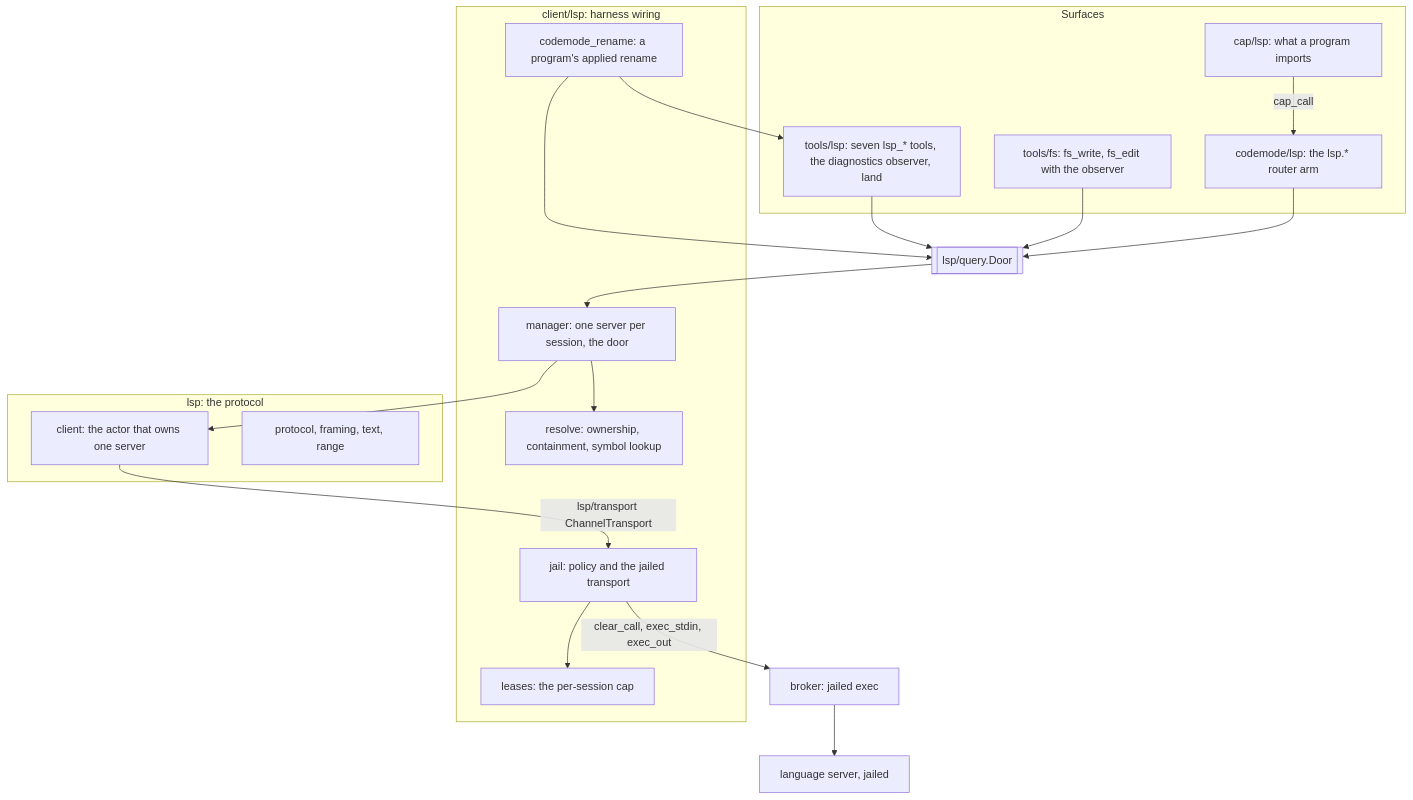
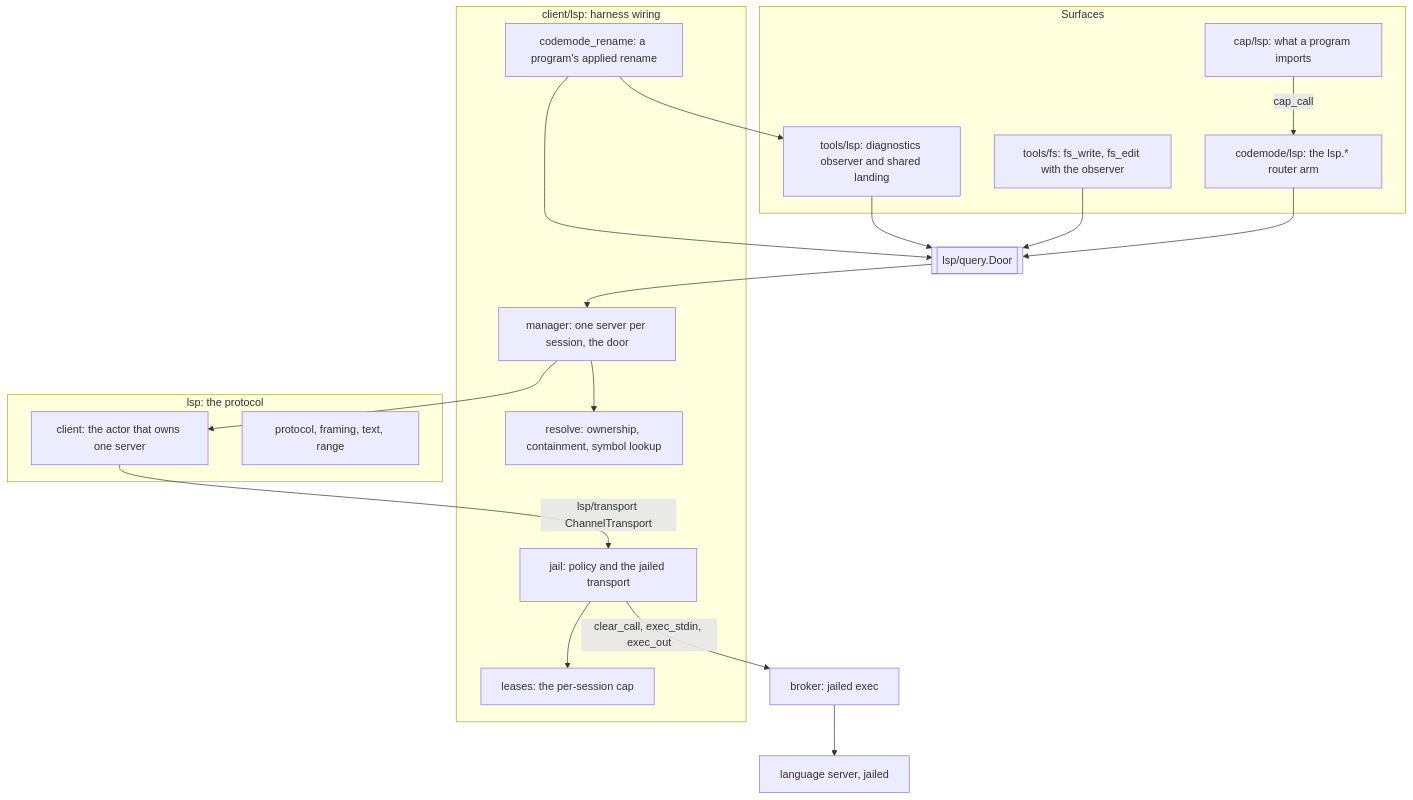
One commit to Roasbeef/loom changed the diagram in docs/architecture/lsp.md. Above: the diagram before and after it, drawn with Mermaid. The commit also changed other lines of this file and 17 other files, not shown here.

````diff
--- a/docs/architecture/lsp.md
+++ b/docs/architecture/lsp.md
@@ -247,36 +246,36 @@
 ```mermaid
 flowchart TB
     subgraph Surfaces
-      T[tools/lsp: seven lsp_* tools, the diagnostics observer, land]
+      T[tools/lsp: diagnostics observer and shared landing]
       FS[tools/fs: fs_write, fs_edit with the observer]
       CM[codemode/lsp: the lsp.* router arm]
       CAP[cap/lsp: what a program imports]
     end
     D[[lsp/query.Door]]
     subgraph Wiring[client/lsp: harness wiring]
       M[manager: one server per session, the door]
       R[resolve: ownership, containment, symbol lookup]
       J[jail: policy and the jailed transport]
       L[leases: the per-session cap]
       CR[codemode_rename: a program's applied rename]
     end
     subgraph Protocol[lsp: the protocol]
       C[client: the actor that owns one server]
       P[protocol, framing, text, range]
     end
     B[broker: jailed exec]
     S[language server, jailed]
     CAP -->|cap_call| CM
     T --> D
     FS --> D
     CM --> D
     D --> M
     M --> R
     M --> C
     CR --> T
     CR --> D
     C -->|lsp/transport ChannelTransport| J
     J --> L
     J -->|clear_call, exec_stdin, exec_out| B
     B --> S
 ```
````
